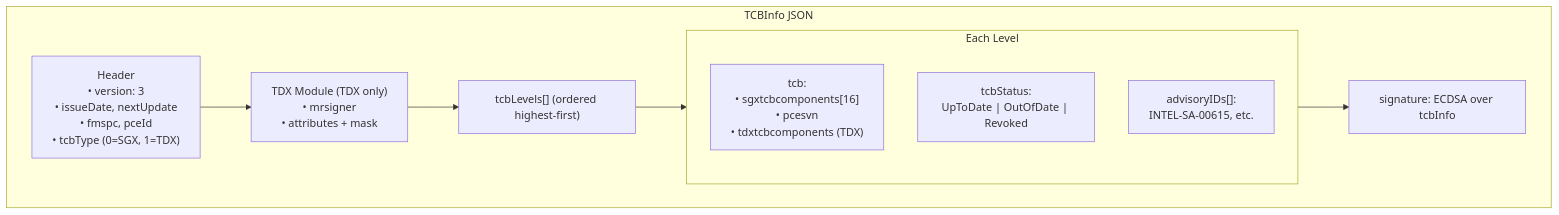
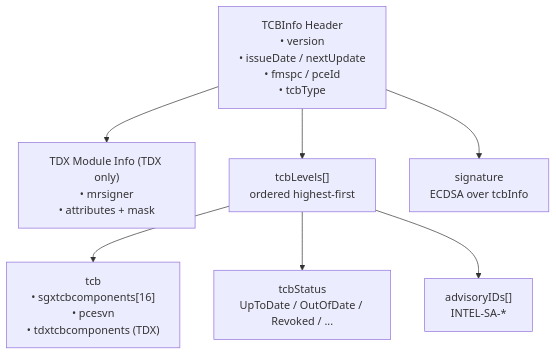
Before and after one commit to V-k-h/roots-of-trust: the fourth of 8 diagrams in posts/03-intel-dcap-certificate-hierarchy.md, drawn with Mermaid. The commit also changed other lines of this file, not shown here.

````diff
--- a/posts/03-intel-dcap-certificate-hierarchy.md
+++ b/posts/03-intel-dcap-certificate-hierarchy.md
@@ -234,23 +248,21 @@
 ```mermaid
 flowchart TD
-    subgraph TCBInfo["TCBInfo JSON"]
-        Header["Header\n• version: 3\n• issueDate, nextUpdate\n• fmspc, pceId\n• tcbType (0=SGX, 1=TDX)"]
-        
-        TDXModule["TDX Module (TDX only)\n• mrsigner\n• attributes + mask"]
-        
-        Levels["tcbLevels[] (ordered highest-first)"]
-        
-        subgraph Level["Each Level"]
-            TCB["tcb:\n• sgxtcbcomponents[16]\n• pcesvn\n• tdxtcbcomponents (TDX)"]
-            Status["tcbStatus:\nUpToDate | OutOfDate | Revoked"]
-            Advisory["advisoryIDs[]:\nINTEL-SA-00615, etc."]
-        end
-        
-        Sig["signature: ECDSA over tcbInfo"]
-    end
+    Header["TCBInfo Header<br>• version<br>• issueDate / nextUpdate<br>• fmspc / pceId<br>• tcbType"]
+    
+    TDXModule["TDX Module Info (TDX only)<br>• mrsigner<br>• attributes + mask"]
+    
+    Levels["tcbLevels[]<br>ordered highest-first"]
+    
+    TCB["tcb<br>• sgxtcbcomponents[16]<br>• pcesvn<br>• tdxtcbcomponents (TDX)"]
+    Status["tcbStatus<br>UpToDate / OutOfDate / Revoked / ..."]
+    Advisory["advisoryIDs[]<br>INTEL-SA-*"]
+    
+    Sig["signature<br>ECDSA over tcbInfo"]
     
     Header --> TDXModule
-    TDXModule --> Levels
-    Levels --> Level
-    Level --> Sig
+    Header --> Levels
+    Levels --> TCB
+    Levels --> Status
+    Levels --> Advisory
+    Header --> Sig
 ```
````
